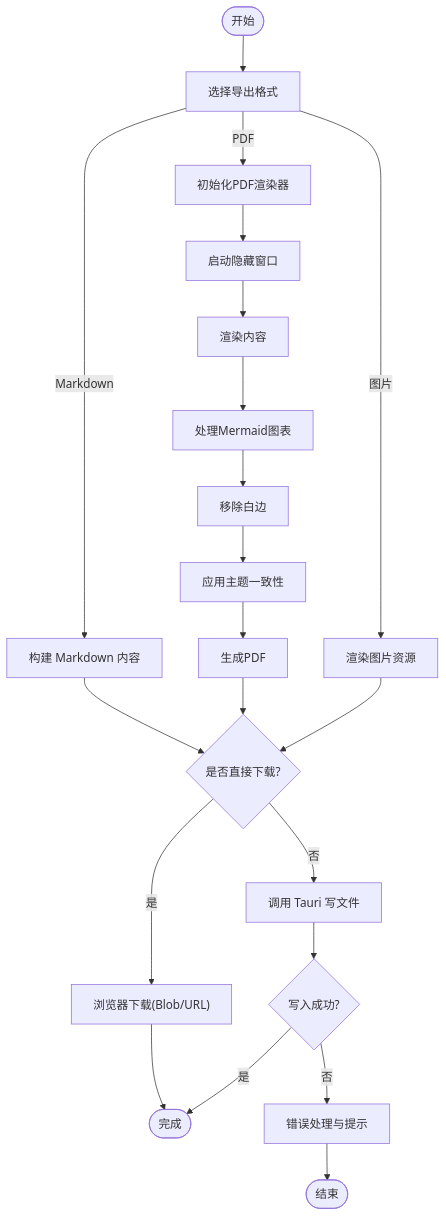
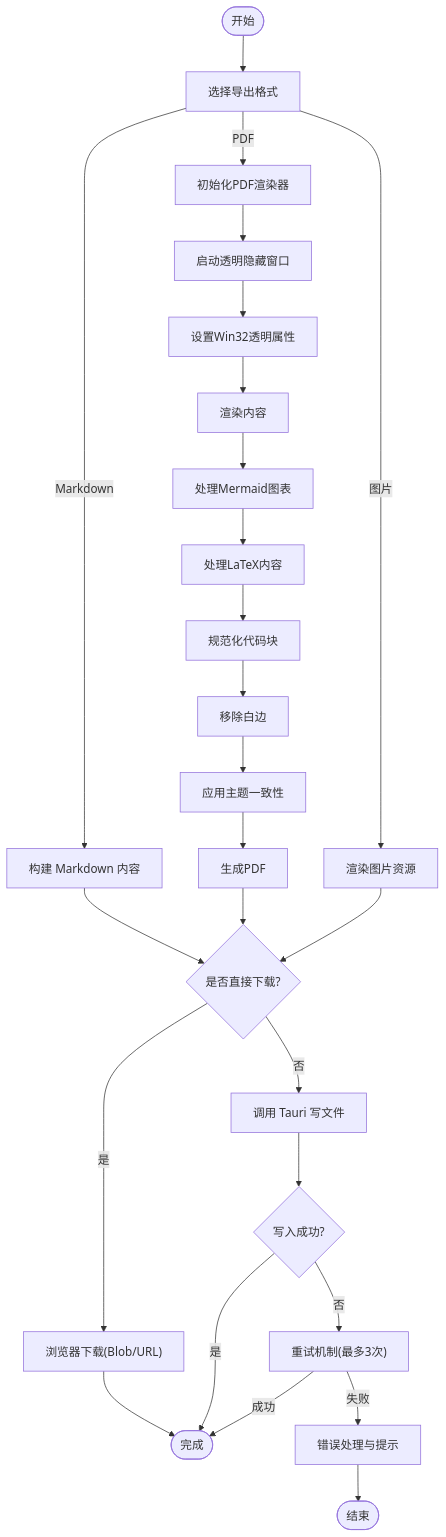
One commit to gongshiyun/ZenNote changed the third of 4 diagrams in .qoder/repowiki/zh/content/核心组件/导出功能.md. Above: the diagram before and after it, drawn with Mermaid. The commit also changed other lines of this file and 88 other files, not shown here.

````diff
--- a/.qoder/repowiki/zh/content/核心组件/导出功能.md
+++ b/.qoder/repowiki/zh/content/核心组件/导出功能.md
@@ -164,23 +166,28 @@
 ```mermaid
 flowchart TD
 Start(["开始"]) --> PickFormat["选择导出格式"]
 PickFormat --> |Markdown| BuildMD["构建 Markdown 内容"]
 PickFormat --> |PDF| InitPDF["初始化PDF渲染器"]
 PickFormat --> |图片| RenderImg["渲染图片资源"]
-InitPDF --> HideWindow["启动隐藏窗口"]
-HideWindow --> RenderContent["渲染内容"]
+InitPDF --> HideWindow["启动透明隐藏窗口"]
+HideWindow --> SetWin32["设置Win32透明属性"]
+SetWin32 --> RenderContent["渲染内容"]
 RenderContent --> ProcessMermaid["处理Mermaid图表"]
-ProcessMermaid --> RemoveMargins["移除白边"]
+ProcessMermaid --> ProcessLaTeX["处理LaTeX内容"]
+ProcessLaTeX --> NormalizeCode["规范化代码块"]
+NormalizeCode --> RemoveMargins["移除白边"]
 RemoveMargins --> ApplyTheme["应用主题一致性"]
 ApplyTheme --> GeneratePDF["生成PDF"]
 BuildMD --> SavePath{"是否直接下载?"}
 GeneratePDF --> SavePath
 RenderImg --> SavePath
 SavePath --> |是| BrowserDL["浏览器下载(Blob/URL)"]
 SavePath --> |否| TauriWrite["调用 Tauri 写文件"]
 BrowserDL --> Done(["完成"])
 TauriWrite --> Result{"写入成功?"}
 Result --> |是| Done
-Result --> |否| HandleErr["错误处理与提示"]
+Result --> |否| RetryMech["重试机制(最多3次)"]
+RetryMech --> |成功| Done
+RetryMech --> |失败| HandleErr["错误处理与提示"]
 HandleErr --> End(["结束"])
 ```
````
